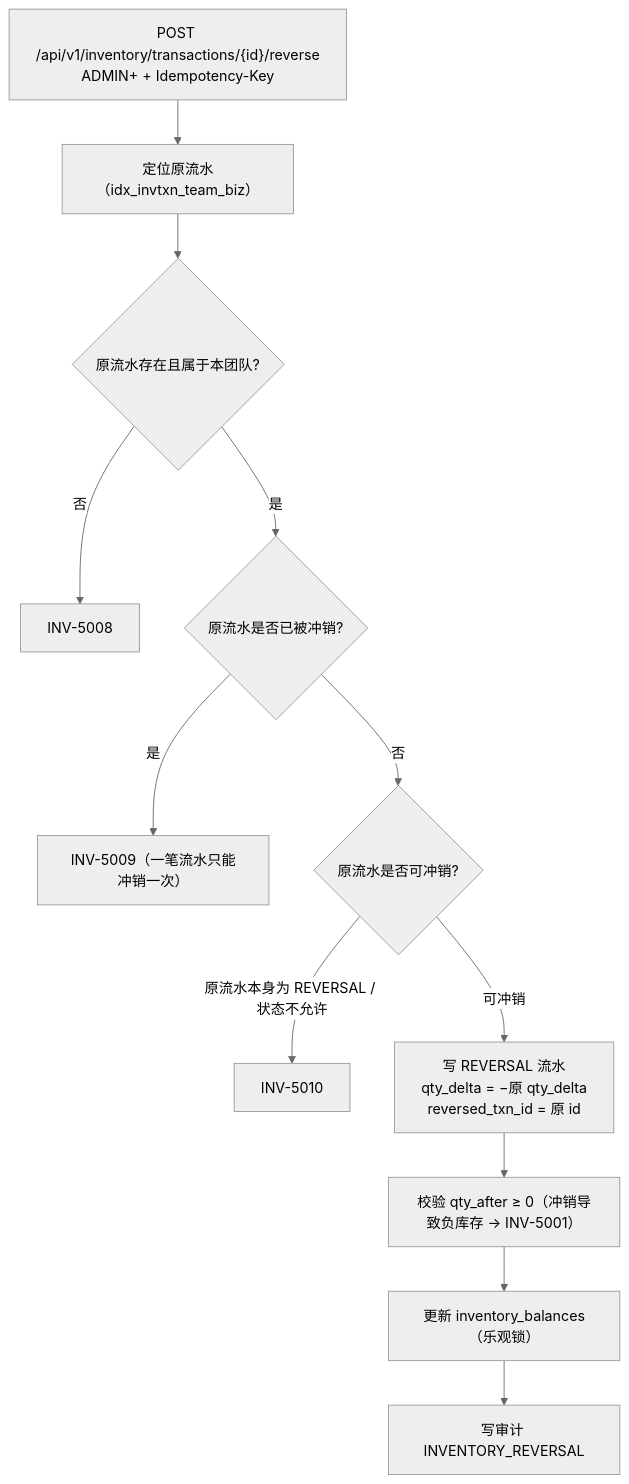
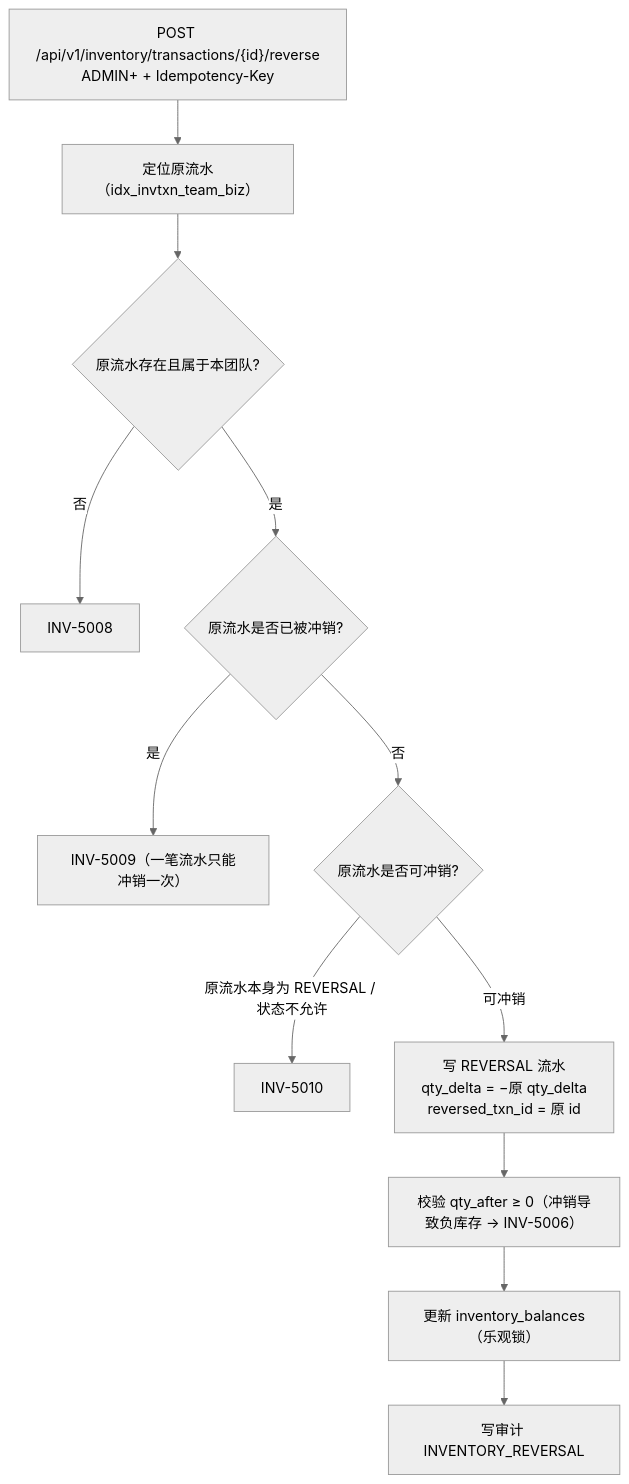
Before and after one commit to xy98773-jpg/shoppilot-ai: the sixth of 8 diagrams in docs/05-workflows/INVENTORY_WORKFLOW.md, drawn with Mermaid (neutral theme). The commit also changed other lines of this file and 8 other files, not shown here.

````diff
--- a/docs/05-workflows/INVENTORY_WORKFLOW.md
+++ b/docs/05-workflows/INVENTORY_WORKFLOW.md
@@ -271,14 +271,14 @@
 ```mermaid
 flowchart TD
     A["POST /api/v1/inventory/transactions/{id}/reverse<br/>ADMIN+ + Idempotency-Key"] --> B["定位原流水（idx_invtxn_team_biz）"]
     B --> C{"原流水存在且属于本团队?"}
     C -- "否" --> C1["INV-5008"]
     C -- "是" --> D{"原流水是否已被冲销?"}
     D -- "是" --> D1["INV-5009（一笔流水只能冲销一次）"]
     D -- "否" --> E{"原流水是否可冲销?"}
     E -- "原流水本身为 REVERSAL / 状态不允许" --> E1["INV-5010"]
     E -- "可冲销" --> F["写 REVERSAL 流水<br/>qty_delta = −原 qty_delta<br/>reversed_txn_id = 原 id"]
-    F --> G["校验 qty_after ≥ 0（冲销导致负库存 → INV-5001）"]
+    F --> G["校验 qty_after ≥ 0（冲销导致负库存 → INV-5006）"]
     G --> H["更新 inventory_balances（乐观锁）"]
     H --> I["写审计 INVENTORY_REVERSAL"]
 ```
````
